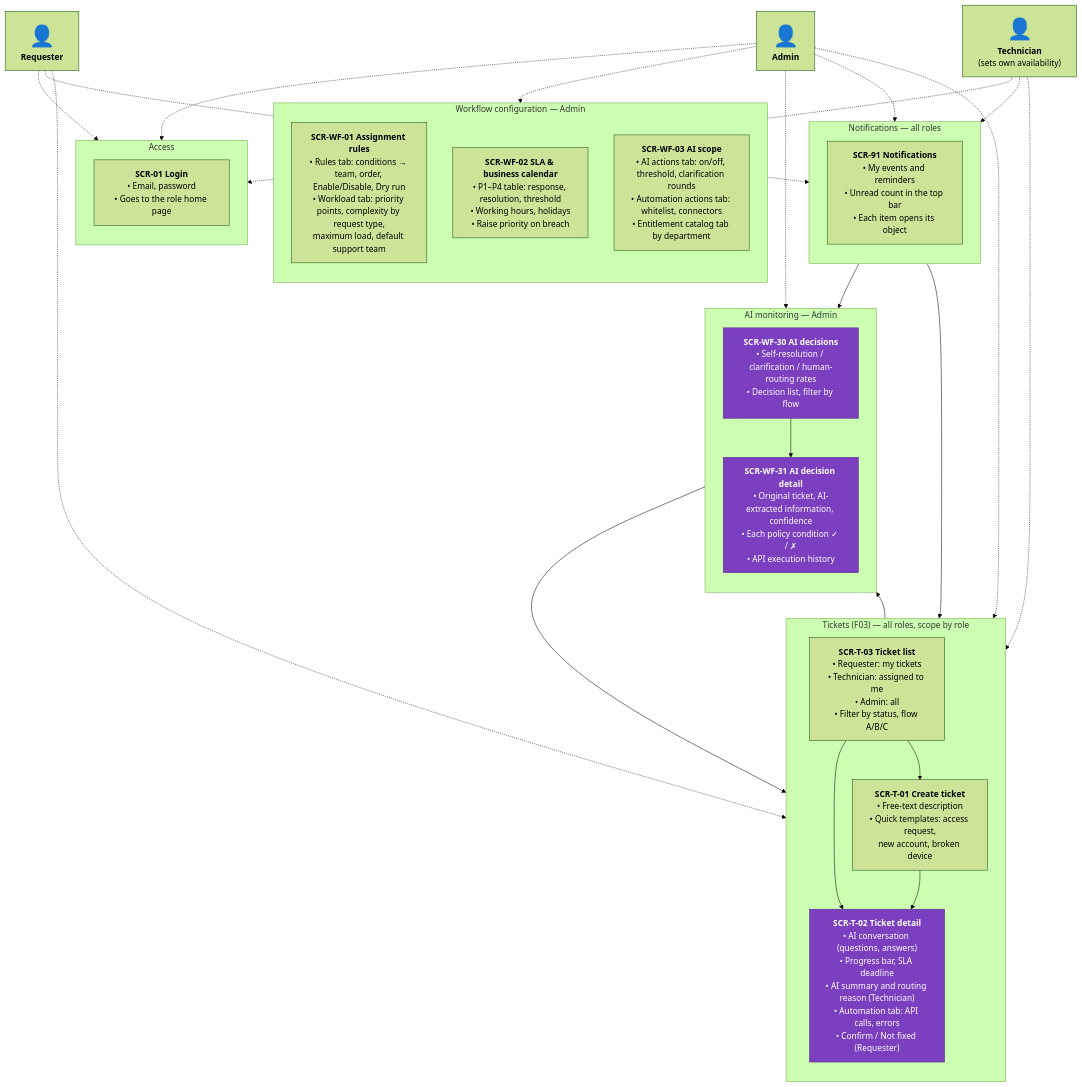
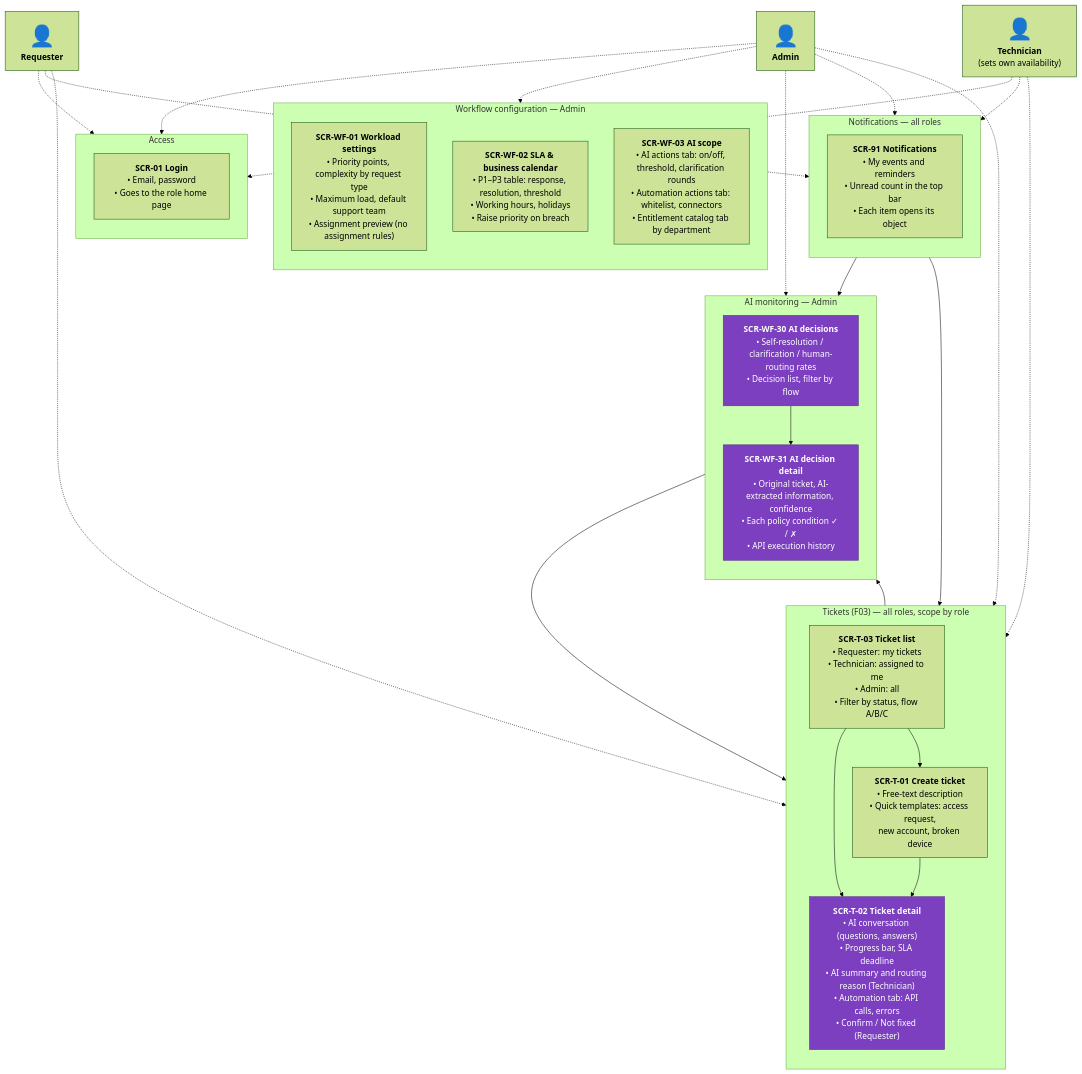
Before and after one commit to Akaza-ban/Fable: the diagram in docs/f05-workflow-automation/information-architecture/01-sitemap.md, drawn with Mermaid (forest theme). The commit also changed 15 other files, not shown here.

````diff
--- a/docs/f05-workflow-automation/information-architecture/01-sitemap.md
+++ b/docs/f05-workflow-automation/information-architecture/01-sitemap.md
@@ -17,60 +17,60 @@
 ```mermaid
 flowchart TB
     req["<span style='font-size:40px'>👤</span><br/><b>Requester</b>"]
     tech["<span style='font-size:40px'>👤</span><br/><b>Technician</b><br/>(sets own availability)"]
     admin["<span style='font-size:40px'>👤</span><br/><b>Admin</b>"]
 
     subgraph access["Access"]
         direction TB
         scr01["<b>SCR-01 Login</b><br/>• Email, password<br/>• Goes to the role home page"]
     end
 
     subgraph tickets["Tickets (F03) — all roles, scope by role"]
         direction TB
         t03["<b>SCR-T-03 Ticket list</b><br/>• Requester: my tickets<br/>• Technician: assigned to me<br/>• Admin: all<br/>• Filter by status, flow A/B/C"]
         t01["<b>SCR-T-01 Create ticket</b><br/>• Free-text description<br/>• Quick templates: access request,<br/>new account, broken device"]
         t02["<b>SCR-T-02 Ticket detail</b><br/>• AI conversation (questions, answers)<br/>• Progress bar, SLA deadline<br/>• AI summary and routing reason (Technician)<br/>• Automation tab: API calls, errors<br/>• Confirm / Not fixed (Requester)"]
         t03 --> t01
         t03 --> t02
         t01 --> t02
     end
 
     subgraph notif["Notifications — all roles"]
         direction TB
         scr91["<b>SCR-91 Notifications</b><br/>• My events and reminders<br/>• Unread count in the top bar<br/>• Each item opens its object"]
     end
 
     subgraph config["Workflow configuration — Admin"]
         direction TB
-        wf01["<b>SCR-WF-01 Assignment rules</b><br/>• Rules tab: conditions → team, order, Enable/Disable, Dry run<br/>• Workload tab: priority points, complexity by request type,<br/>maximum load, default support team"]
-        wf02["<b>SCR-WF-02 SLA & business calendar</b><br/>• P1–P4 table: response, resolution, threshold<br/>• Working hours, holidays<br/>• Raise priority on breach"]
+        wf01["<b>SCR-WF-01 Workload settings</b><br/>• Priority points, complexity by request type<br/>• Maximum load, default support team<br/>• Assignment preview (no assignment rules)"]
+        wf02["<b>SCR-WF-02 SLA & business calendar</b><br/>• P1–P3 table: response, resolution, threshold<br/>• Working hours, holidays<br/>• Raise priority on breach"]
         wf03["<b>SCR-WF-03 AI scope</b><br/>• AI actions tab: on/off, threshold, clarification rounds<br/>• Automation actions tab: whitelist, connectors<br/>• Entitlement catalog tab by department"]
     end
 
     subgraph monitor["AI monitoring — Admin"]
         direction TB
         wf30["<b>SCR-WF-30 AI decisions</b><br/>• Self-resolution / clarification / human-routing rates<br/>• Decision list, filter by flow"]
         wf31["<b>SCR-WF-31 AI decision detail</b><br/>• Original ticket, AI-extracted information, confidence<br/>• Each policy condition ✓ / ✗<br/>• API execution history"]
         wf30 --> wf31
     end
 
     wf31 --> t02
     t02 --> wf31
     scr91 --> t02
     scr91 --> wf30
 
     req -.-> access
     req -.-> tickets
     req -.-> notif
     tech -.-> access
     tech -.-> tickets
     tech -.-> notif
     admin -.-> access
     admin -.-> tickets
     admin -.-> notif
     admin -.-> config
     admin -.-> monitor
 
     classDef ai fill:#7b3fbf,color:#fff,stroke:#5a2d8c
     class t02,wf30,wf31 ai
 ```
````
